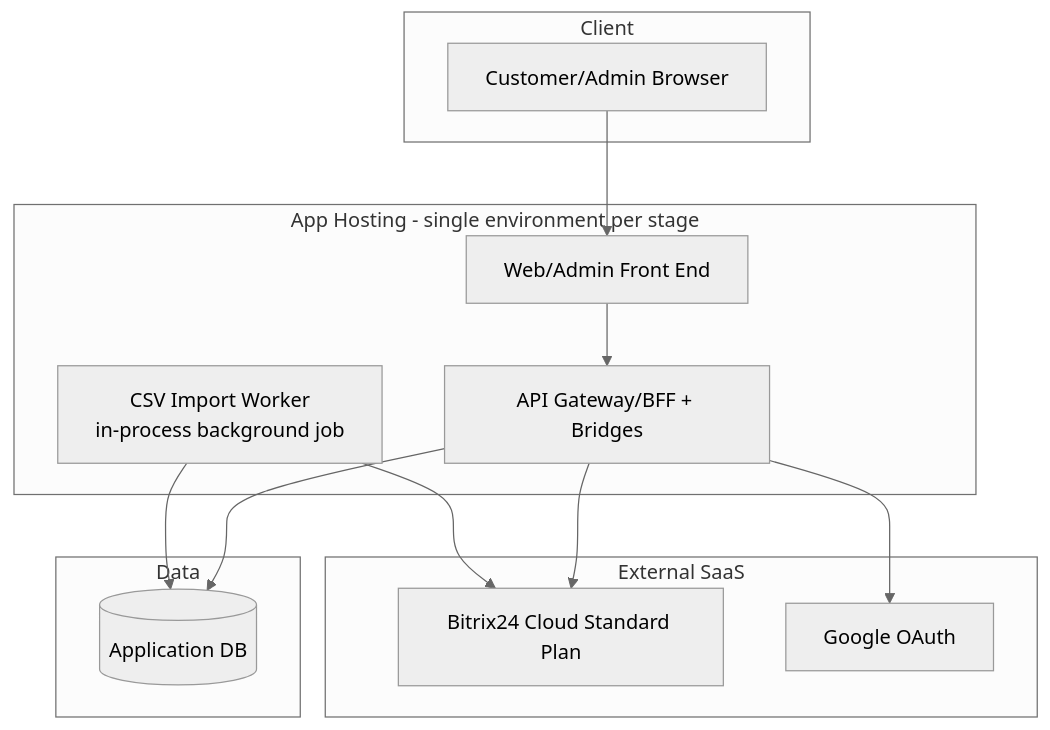
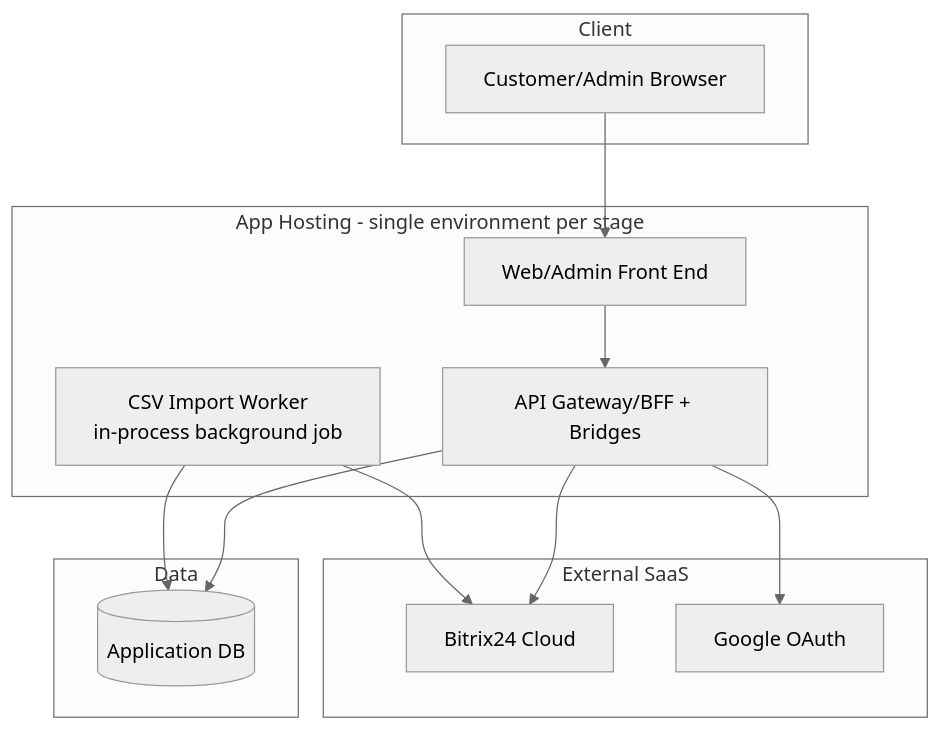
Before and after one commit to DzmitryKamashkaInt/business_analysys_pipeline: the ninth of 9 diagrams in projects/rumica-starter/ready-for-evaluation/architecture-specification.md, drawn with Mermaid (neutral theme). The commit also changed other lines of this file and 5 other files, not shown here.

Commit message:
rumica-starter: evaluation round 1 — reworked (drop unconfirmed Post-MVP list, soften Bitrix24 plan-tier claim)

````diff
--- a/projects/rumica-starter/ready-for-evaluation/architecture-specification.md
+++ b/projects/rumica-starter/ready-for-evaluation/architecture-specification.md
@@ -238,26 +238,26 @@
 ```mermaid
 graph TD
     subgraph Client
         Browser[Customer/Admin Browser]
     end
     subgraph App Hosting - single environment per stage
         WEB[Web/Admin Front End]
         API[API Gateway/BFF + Bridges]
         WORKER[CSV Import Worker<br/>in-process background job]
     end
     subgraph Data
         DB[(Application DB)]
     end
     subgraph External SaaS
-        BX[Bitrix24 Cloud Standard Plan]
+        BX[Bitrix24 Cloud]
         GOOG[Google OAuth]
     end
 
     Browser --> WEB
     WEB --> API
     API --> DB
     WORKER --> DB
     API --> BX
     API --> GOOG
     WORKER --> BX
 ```
````
